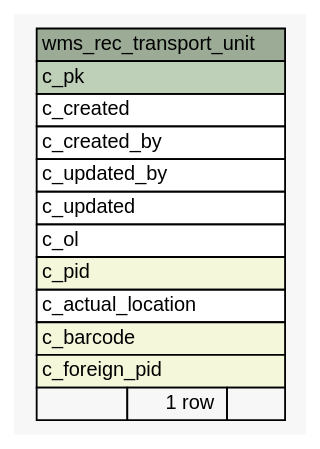
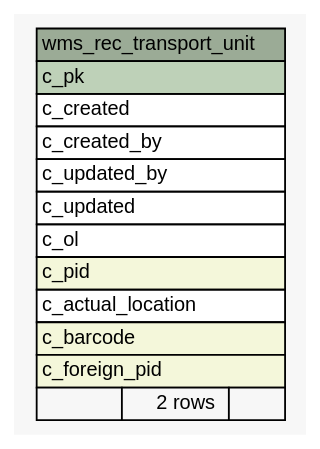
Before and after one commit to openwms/org.openwms.wms.receiving.lib: the diagram in 1.0.0-SNAPSHOT/schemaspy/diagrams/summary/wms_rec_transport_unit.1degree.dot, drawn with Graphviz. The commit also changed 404 other files, not shown here.

```diff
--- a/1.0.0-SNAPSHOT/schemaspy/diagrams/summary/wms_rec_transport_unit.1degree.dot
+++ b/1.0.0-SNAPSHOT/schemaspy/diagrams/summary/wms_rec_transport_unit.1degree.dot
@@ -1,39 +1,39 @@
-// dot 2.43.0 on Linux 5.15.0-1024-azure
+// dot 2.43.0 on Linux 5.15.0-1030-azure
 // SchemaSpy rev Unknown
 digraph "wms_rec_transport_unit" {
   graph [
     rankdir="RL"
     bgcolor="#f7f7f7"
     nodesep="0.18"
     ranksep="0.46"
     fontname="Helvetica"
     fontsize="11"
   ];
   node [
     fontname="Helvetica"
     fontsize="11"
     shape="plaintext"
   ];
   edge [
     arrowsize="0.8"
   ];
   "wms_rec_transport_unit" [
     label=<
     <TABLE BORDER="0" CELLBORDER="1" CELLSPACING="0" BGCOLOR="#ffffff">
       <TR><TD COLSPAN="3" BGCOLOR="#9bab96" ALIGN="CENTER">wms_rec_transport_unit</TD></TR>
       <TR><TD PORT="c_pk" COLSPAN="3" BGCOLOR="#bed1b8" ALIGN="LEFT">c_pk</TD></TR>
       <TR><TD PORT="c_created" COLSPAN="3" ALIGN="LEFT">c_created</TD></TR>
       <TR><TD PORT="c_created_by" COLSPAN="3" ALIGN="LEFT">c_created_by</TD></TR>
       <TR><TD PORT="c_updated_by" COLSPAN="3" ALIGN="LEFT">c_updated_by</TD></TR>
       <TR><TD PORT="c_updated" COLSPAN="3" ALIGN="LEFT">c_updated</TD></TR>
       <TR><TD PORT="c_ol" COLSPAN="3" ALIGN="LEFT">c_ol</TD></TR>
       <TR><TD PORT="c_pid" COLSPAN="3" BGCOLOR="#f4f7da" ALIGN="LEFT">c_pid</TD></TR>
       <TR><TD PORT="c_actual_location" COLSPAN="3" ALIGN="LEFT">c_actual_location</TD></TR>
       <TR><TD PORT="c_barcode" COLSPAN="3" BGCOLOR="#f4f7da" ALIGN="LEFT">c_barcode</TD></TR>
       <TR><TD PORT="c_foreign_pid" COLSPAN="3" BGCOLOR="#f4f7da" ALIGN="LEFT">c_foreign_pid</TD></TR>
-      <TR><TD ALIGN="LEFT" BGCOLOR="#f7f7f7">  </TD><TD ALIGN="RIGHT" BGCOLOR="#f7f7f7">1 row</TD><TD ALIGN="RIGHT" BGCOLOR="#f7f7f7">  </TD></TR>
+      <TR><TD ALIGN="LEFT" BGCOLOR="#f7f7f7">  </TD><TD ALIGN="RIGHT" BGCOLOR="#f7f7f7">2 rows</TD><TD ALIGN="RIGHT" BGCOLOR="#f7f7f7">  </TD></TR>
     </TABLE>>
     URL="tables/wms_rec_transport_unit.html"
     tooltip="wms_rec_transport_unit"
   ];
 }
```
